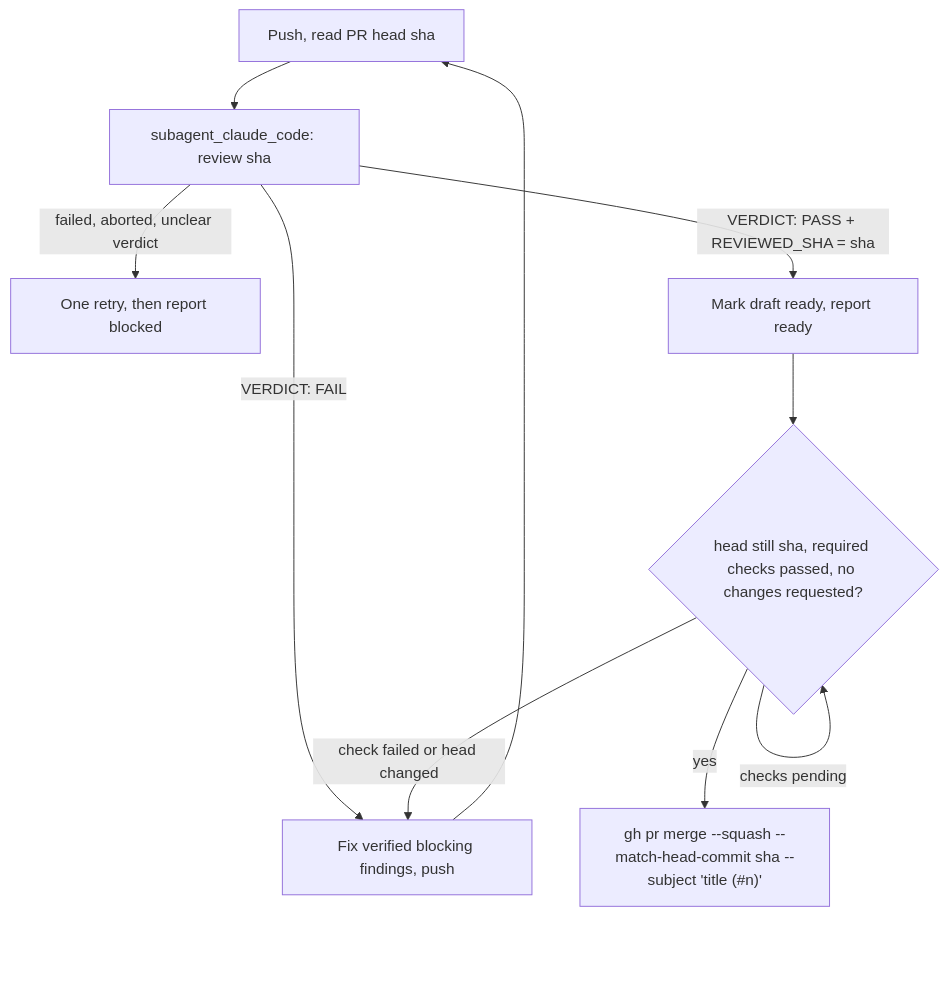
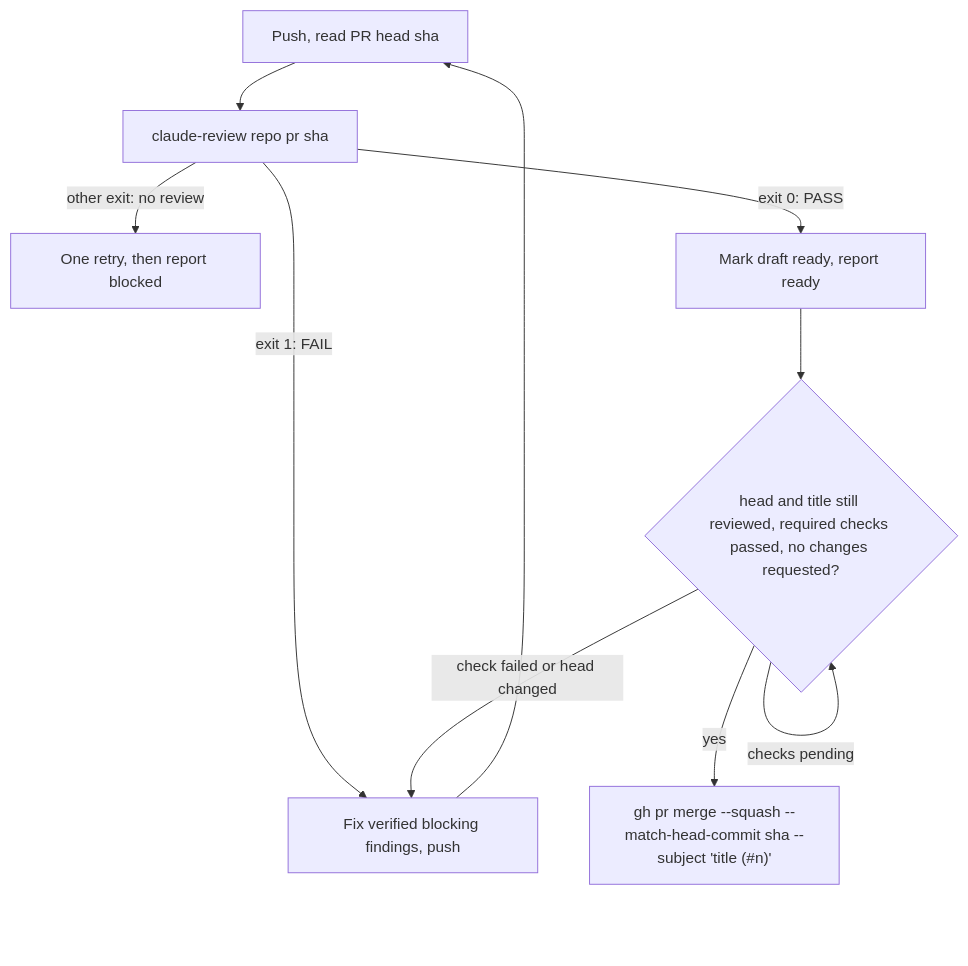
The diagram in README.md (ForkbombEu/superagent), drawn with Mermaid before and after one commit. The commit also changed other lines of this file and 8 other files, not shown here.

First line of the commit message:
fix: run the Claude Code review through a claude-review command

````diff
--- a/README.md
+++ b/README.md
@@ -129,12 +127,12 @@
 ```mermaid
 flowchart TD
-  A[Push, read PR head sha] --> B[subagent_claude_code: review sha]
-  B -->|VERDICT: FAIL| C[Fix verified blocking findings, push]
+  A[Push, read PR head sha] --> B[claude-review repo pr sha]
+  B -->|exit 1: FAIL| C[Fix verified blocking findings, push]
   C --> A
-  B -->|failed, aborted, unclear verdict| D[One retry, then report blocked]
-  B -->|VERDICT: PASS + REVIEWED_SHA = sha| E[Mark draft ready, report ready]
-  E --> F{head still sha, required checks passed, no changes requested?}
+  B -->|other exit: no review| D[One retry, then report blocked]
+  B -->|exit 0: PASS| E[Mark draft ready, report ready]
+  E --> F{head and title still reviewed, required checks passed, no changes requested?}
   F -->|checks pending| F
   F -->|check failed or head changed| C
   F -->|yes| G["gh pr merge --squash --match-head-commit sha --subject 'title (#n)'"]
 ```
````
